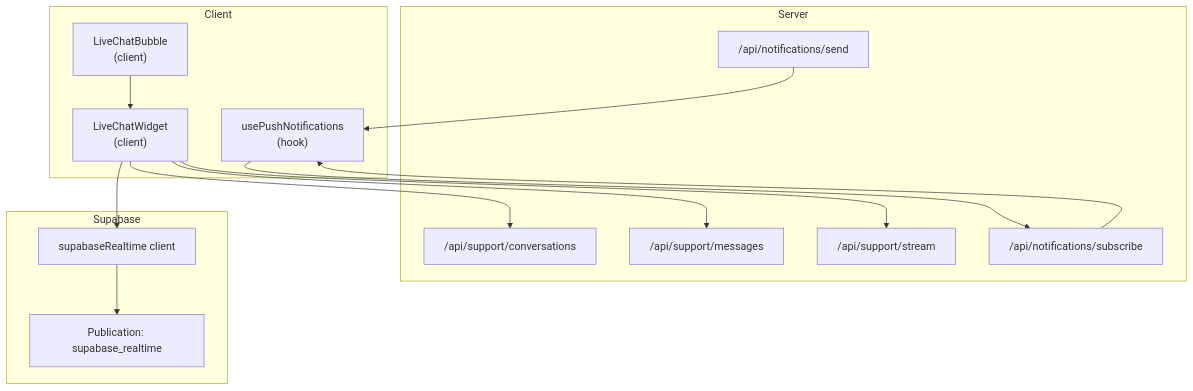
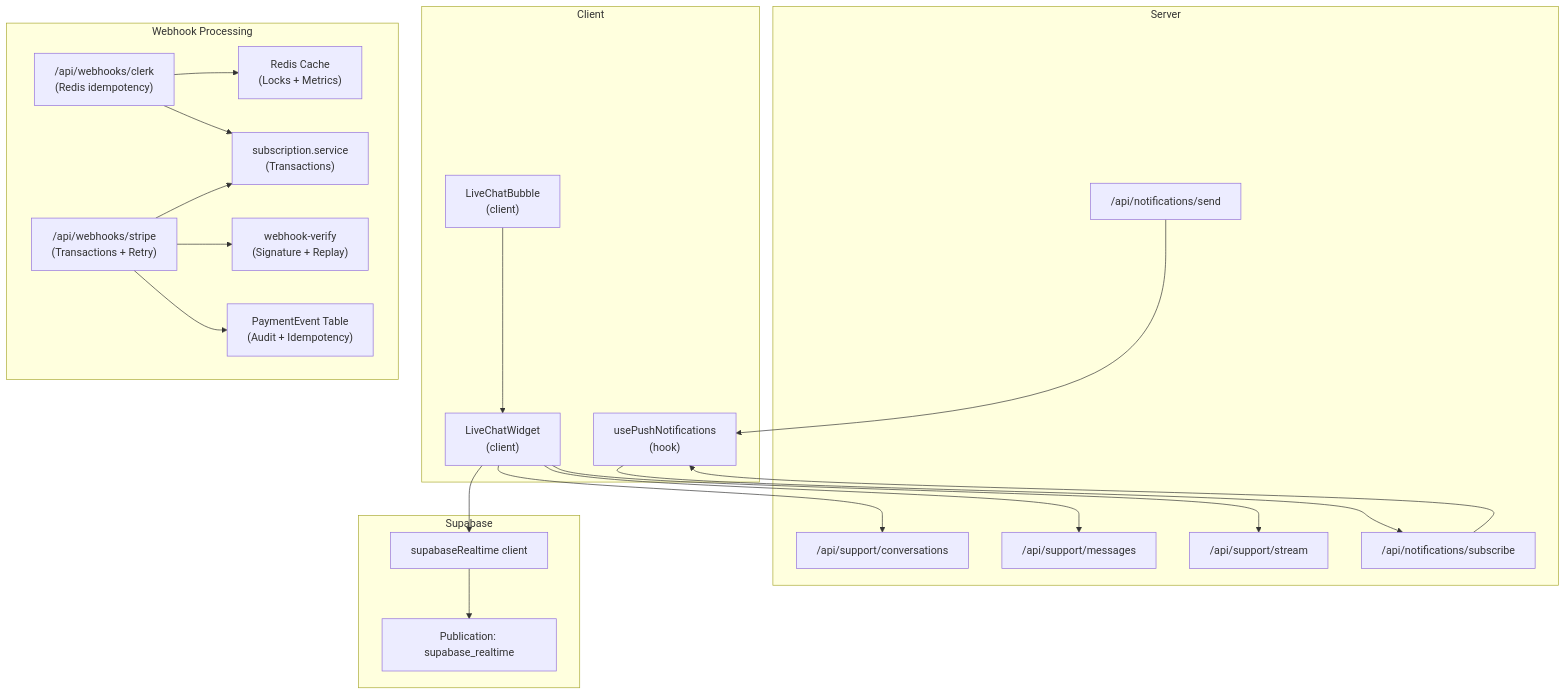
Before and after one commit to ecryptoguru/lyraalpha: the first of 10 diagrams in .qoder/repowiki/en/content/Core Features/Real-time Features.md, drawn with Mermaid. The commit also changed other lines of this file and 95 other files, not shown here.

````diff
--- a/.qoder/repowiki/en/content/Core Features/Real-time Features.md
+++ b/.qoder/repowiki/en/content/Core Features/Real-time Features.md
@@ -49,28 +69,41 @@
 ```mermaid
 graph TB
 subgraph "Client"
 LCW["LiveChatWidget<br/>(client)"]
 LCB["LiveChatBubble<br/>(client)"]
 PNH["usePushNotifications<br/>(hook)"]
 end
 subgraph "Server"
 APIConv["/api/support/conversations"]
 APIMsg["/api/support/messages"]
 APIStream["/api/support/stream"]
 APISub["/api/notifications/subscribe"]
 APISend["/api/notifications/send"]
 end
+subgraph "Webhook Processing"
+ClerkWH["/api/webhooks/clerk<br/>(Redis idempotency)"]
+StripeWH["/api/webhooks/stripe<br/>(Transactions + Retry)"]
+WHVerify["webhook-verify<br/>(Signature + Replay)"]
+PayService["subscription.service<br/>(Transactions)"]
+Redis["Redis Cache<br/>(Locks + Metrics)"]
+PayEvent["PaymentEvent Table<br/>(Audit + Idempotency)"]
+end
 subgraph "Supabase"
 SR["supabaseRealtime client"]
 Pub["Publication: supabase_realtime"]
 end
 LCB --> LCW
 LCW --> APIConv
 LCW --> APIMsg
 LCW --> APIStream
 LCW --> SR
 SR --> Pub
 PNH --> APISub
 APISub --> PNH
 APISend --> PNH
+ClerkWH --> Redis
+ClerkWH --> PayService
+StripeWH --> WHVerify
+StripeWH --> PayService
+StripeWH --> PayEvent
 ```
````
